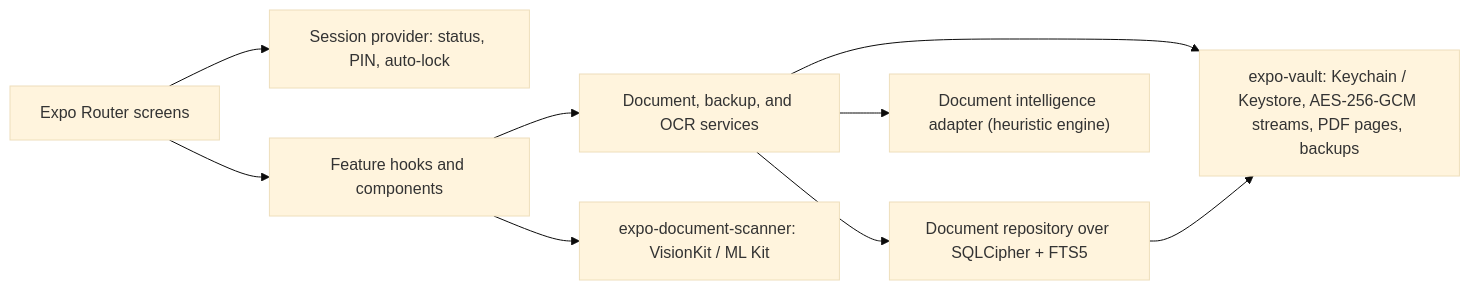
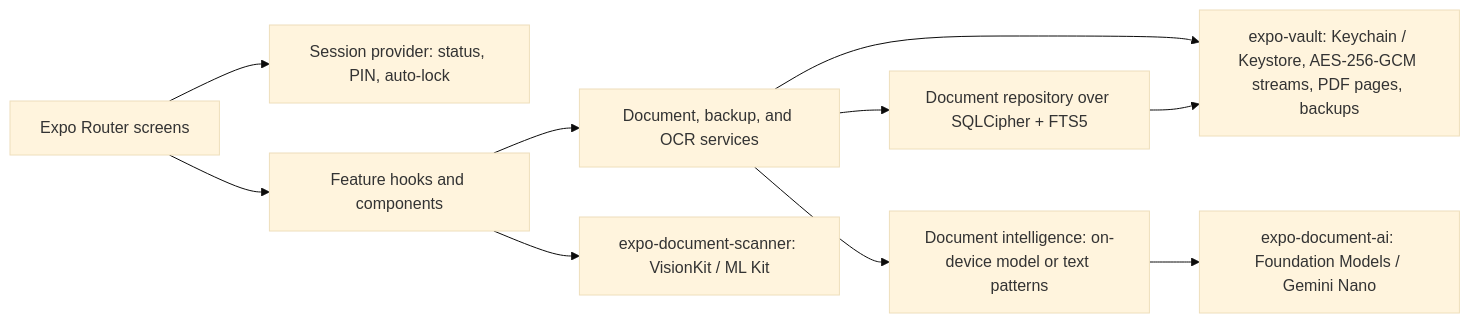
One commit to naderalfakesh/secure-vault changed the diagram in README.md. Above: the diagram before and after it, drawn with Mermaid (base theme). The commit also changed other lines of this file and 4 other files, not shown here.

Commit message:
docs: record the on-device language model design and runs

````diff
--- a/README.md
+++ b/README.md
@@ -84,11 +89,12 @@
 ```mermaid
 flowchart LR
     Routes["Expo Router screens"] --> Session["Session provider: status, PIN, auto-lock"]
     Routes --> Features["Feature hooks and components"]
     Features --> Services["Document, backup, and OCR services"]
     Services --> Repo["Document repository over SQLCipher + FTS5"]
     Services --> Vault["expo-vault: Keychain / Keystore, AES-256-GCM streams, PDF pages, backups"]
-    Services --> Intelligence["Document intelligence adapter (heuristic engine)"]
+    Services --> Intelligence["Document intelligence: on-device model or text patterns"]
+    Intelligence --> DocumentAi["expo-document-ai: Foundation Models / Gemini Nano"]
     Features --> Scanner["expo-document-scanner: VisionKit / ML Kit"]
     Repo --> Vault
 ```
````
